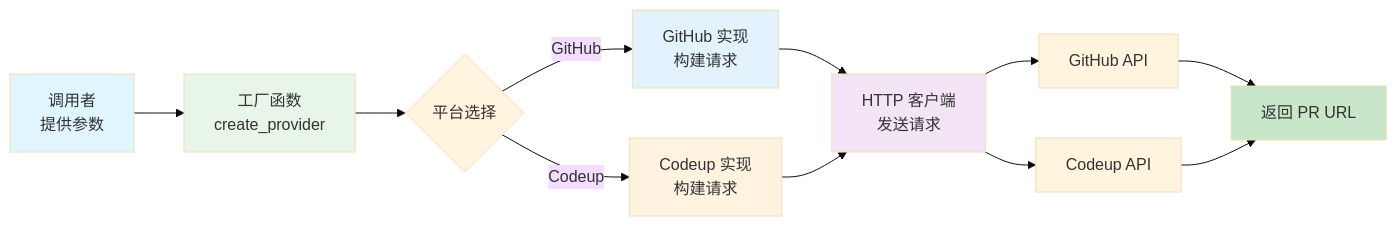
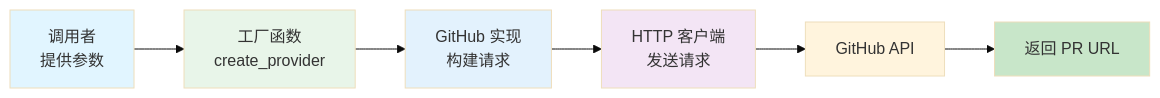
One commit to zevwings/workflow.rs changed the second of 3 diagrams in docs/architecture/lib/PR_ARCHITECTURE.md. Above: the diagram before and after it, drawn with Mermaid (base theme). The commit also changed other lines of this file and 169 other files, not shown here.

````diff
--- a/docs/architecture/lib/PR_ARCHITECTURE.md
+++ b/docs/architecture/lib/PR_ARCHITECTURE.md
@@ -303,20 +308,14 @@
 ```mermaid
 flowchart LR
     Caller[调用者<br/>提供参数] --> Factory[工厂函数<br/>create_provider]
-    Factory --> Platform{平台选择}
-    Platform -->|GitHub| GitHub[GitHub 实现<br/>构建请求]
-    Platform -->|Codeup| Codeup[Codeup 实现<br/>构建请求]
+    Factory --> GitHub[GitHub 实现<br/>构建请求]
     GitHub --> Http[HTTP 客户端<br/>发送请求]
-    Codeup --> Http
     Http --> GitHubAPI[GitHub API]
-    Http --> CodeupAPI[Codeup API]
     GitHubAPI --> Response[返回 PR URL]
-    CodeupAPI --> Response
 
     style Caller fill:#e1f5ff
     style Factory fill:#e8f5e9
     style GitHub fill:#e3f2fd
-    style Codeup fill:#fff3e0
     style Http fill:#f3e5f5
     style Response fill:#c8e6c9
 ```
````
